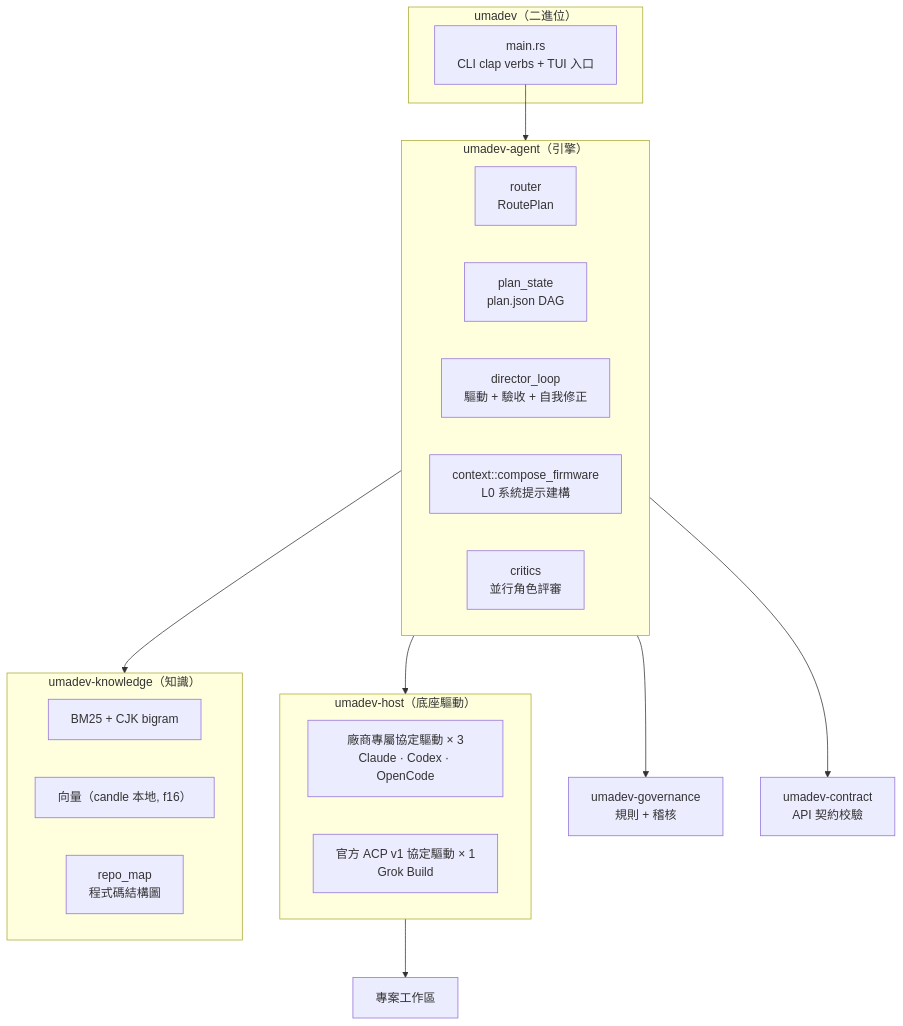
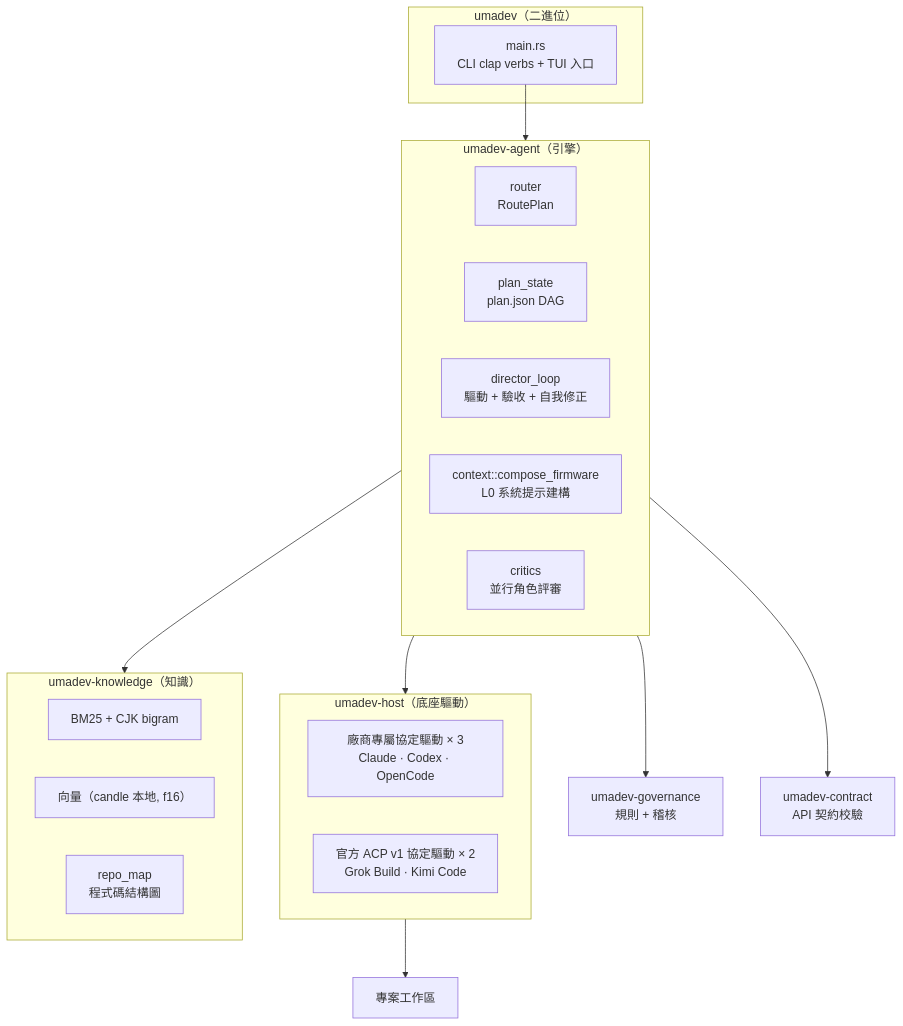
One commit to umacloud/umadev changed the eighth of 8 diagrams in README.zh-TW.md. Above: the diagram before and after it, drawn with Mermaid. The commit also changed other lines of this file and 157 other files, not shown here.

````diff
--- a/README.zh-TW.md
+++ b/README.zh-TW.md
@@ -852,32 +866,32 @@
 ```mermaid
 flowchart TB
     subgraph binary["umadev（二進位）"]
         main["main.rs<br/>CLI clap verbs + TUI 入口"]
     end
 
     subgraph agent["umadev-agent（引擎）"]
         router["router<br/>RoutePlan"]
         plan["plan_state<br/>plan.json DAG"]
         director["director_loop<br/>驅動 + 驗收 + 自我修正"]
         firmware["context::compose_firmware<br/>L0 系統提示建構"]
         critics["critics<br/>並行角色評審"]
     end
 
     subgraph host["umadev-host（底座驅動）"]
         vendor["廠商專屬協定驅動 × 3<br/>Claude · Codex · OpenCode"]
-        acp["官方 ACP v1 協定驅動 × 1<br/>Grok Build"]
+        acp["官方 ACP v1 協定驅動 × 2<br/>Grok Build · Kimi Code"]
     end
 
     subgraph knowledge["umadev-knowledge（知識）"]
         bm25["BM25 + CJK bigram"]
         vector["向量（candle 本地, f16）"]
         repomap["repo_map<br/>程式碼結構圖"]
     end
 
     main --> agent
     agent --> host
     agent --> knowledge
     agent --> governance["umadev-governance<br/>規則 + 稽核"]
     agent --> contract["umadev-contract<br/>API 契約校驗"]
     host --> workspace["專案工作區"]
 ```
````
